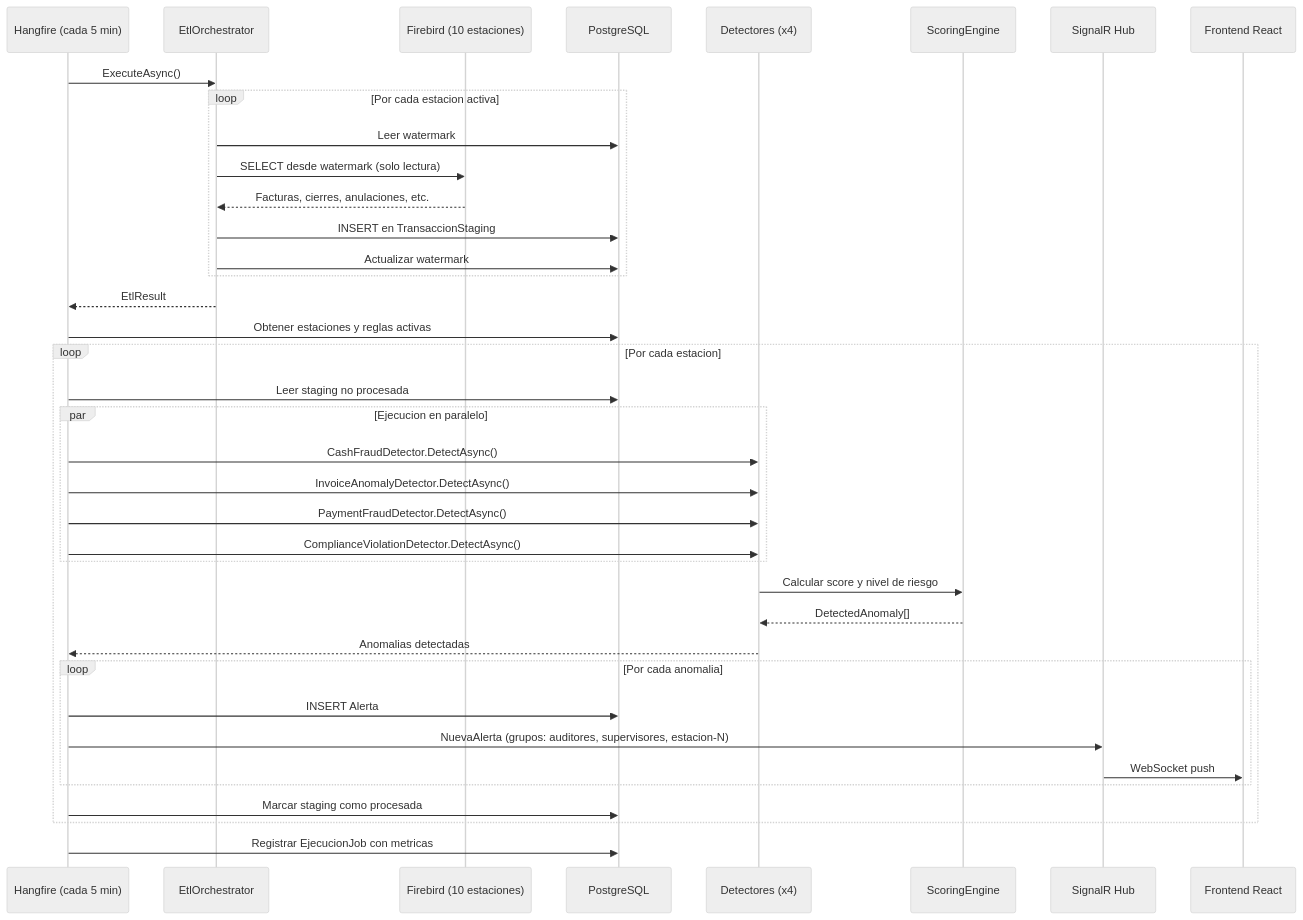
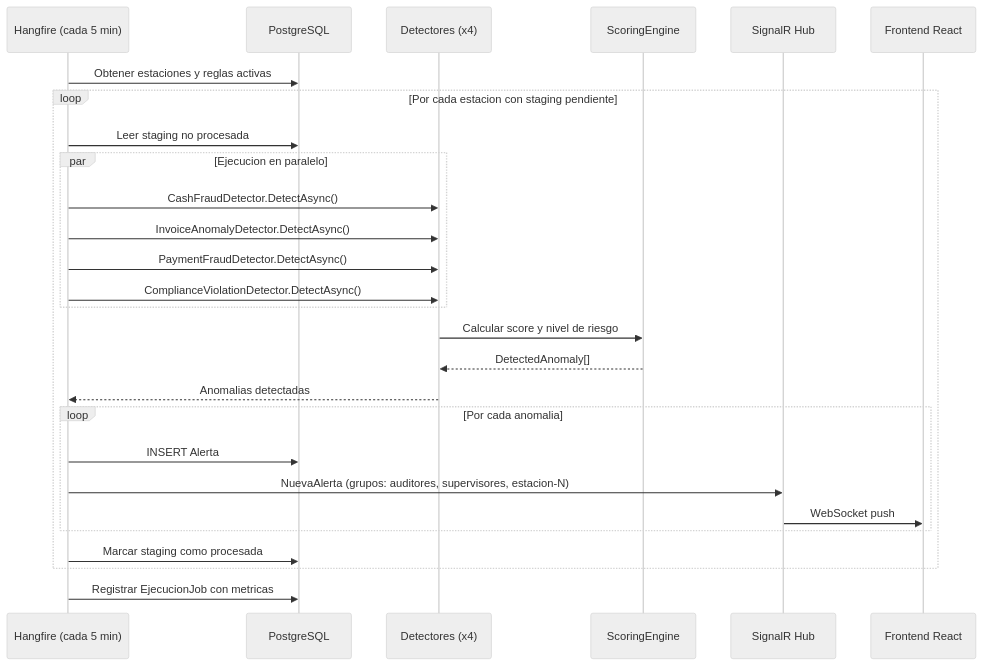
The sixth of 7 diagrams in docs/ARQUITECTURA.md (StevenCarrilloLoor/petrolrios-anomaly-detection-final), drawn with Mermaid (neutral theme) before and after one commit. The commit also changed other lines of this file and 18 other files, not shown here.

````diff
--- a/docs/ARQUITECTURA.md
+++ b/docs/ARQUITECTURA.md
@@ -239,43 +276,31 @@
 ```mermaid
 sequenceDiagram
     participant HF as Hangfire (cada 5 min)
-    participant ETL as EtlOrchestrator
-    participant FB as Firebird (10 estaciones)
     participant PG as PostgreSQL
     participant DET as Detectores (x4)
     participant SE as ScoringEngine
     participant SR as SignalR Hub
     participant FE as Frontend React
 
-    HF->>ETL: ExecuteAsync()
-    loop Por cada estacion activa
-        ETL->>PG: Leer watermark
-        ETL->>FB: SELECT desde watermark (solo lectura)
-        FB-->>ETL: Facturas, cierres, anulaciones, etc.
-        ETL->>PG: INSERT en TransaccionStaging
-        ETL->>PG: Actualizar watermark
-    end
-    ETL-->>HF: EtlResult
-
     HF->>PG: Obtener estaciones y reglas activas
-    loop Por cada estacion
+    loop Por cada estacion con staging pendiente
         HF->>PG: Leer staging no procesada
         par Ejecucion en paralelo
             HF->>DET: CashFraudDetector.DetectAsync()
             HF->>DET: InvoiceAnomalyDetector.DetectAsync()
             HF->>DET: PaymentFraudDetector.DetectAsync()
             HF->>DET: ComplianceViolationDetector.DetectAsync()
         end
         DET->>SE: Calcular score y nivel de riesgo
         SE-->>DET: DetectedAnomaly[]
         DET-->>HF: Anomalias detectadas
 
         loop Por cada anomalia
             HF->>PG: INSERT Alerta
             HF->>SR: NuevaAlerta (grupos: auditores, supervisores, estacion-N)
             SR->>FE: WebSocket push
         end
         HF->>PG: Marcar staging como procesada
     end
     HF->>PG: Registrar EjecucionJob con metricas
 ```
````
